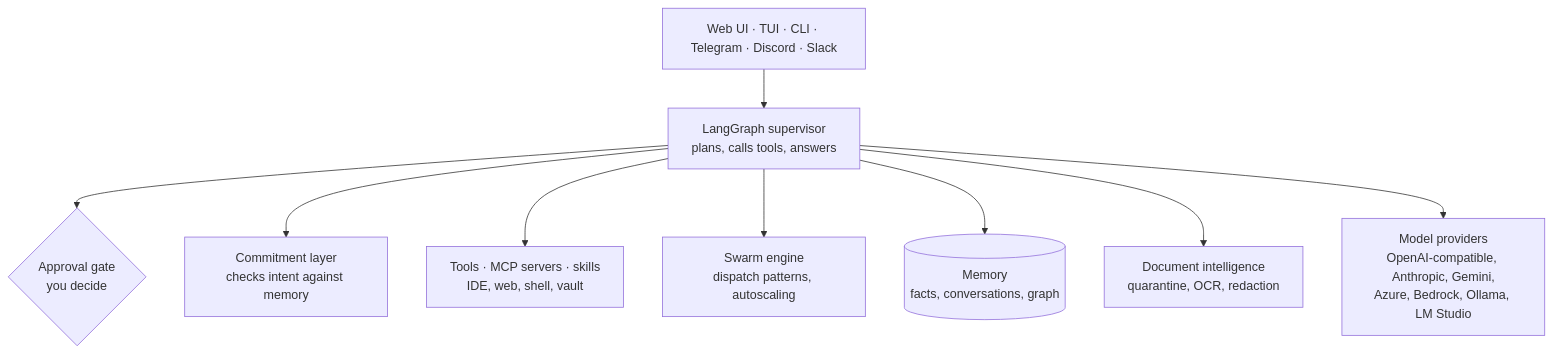
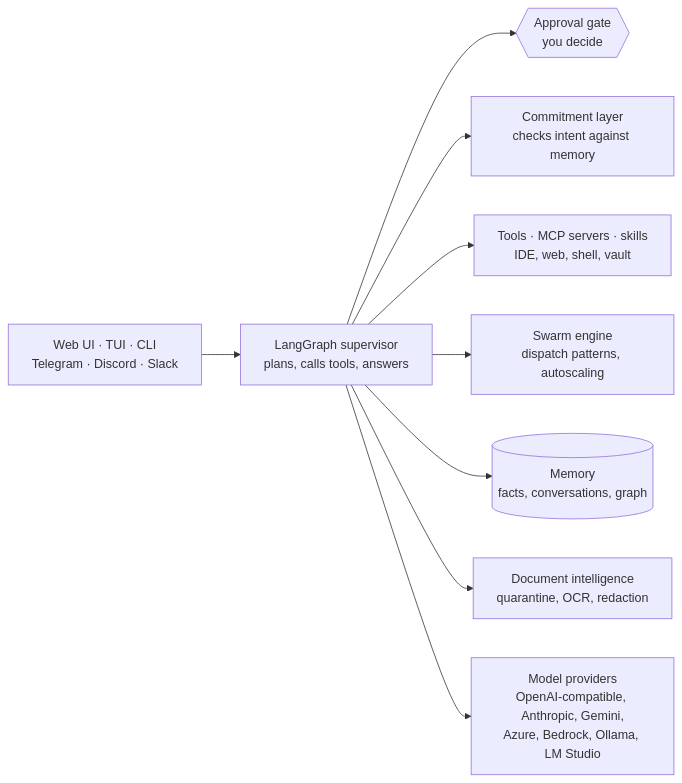
One commit to Mubder/kazma changed the diagram in README.md. Above: the diagram before and after it, drawn with Mermaid.

Commit message:
docs(readme): the architecture diagram reads left to right
Seven components in one top-down row rendered wide and tiny on GitHub; left to right they stack in a column beside the supervisor.

````diff
--- a/README.md
+++ b/README.md
@@ -235,12 +235,12 @@
 ```mermaid
-flowchart TB
-    U["Web UI · TUI · CLI · Telegram · Discord · Slack"] --> S
+flowchart LR
+    U["Web UI · TUI · CLI<br/>Telegram · Discord · Slack"] --> S
     S["LangGraph supervisor<br/>plans, calls tools, answers"]
-    S --> H{"Approval gate<br/>you decide"}
+    S --> H{{"Approval gate<br/>you decide"}}
     S --> C["Commitment layer<br/>checks intent against memory"]
     S --> T["Tools · MCP servers · skills<br/>IDE, web, shell, vault"]
     S --> W["Swarm engine<br/>dispatch patterns, autoscaling"]
     S --> M[("Memory<br/>facts, conversations, graph")]
     S --> D["Document intelligence<br/>quarantine, OCR, redaction"]
     S --> P["Model providers<br/>OpenAI-compatible, Anthropic, Gemini,<br/>Azure, Bedrock, Ollama, LM Studio"]
 ```
````
